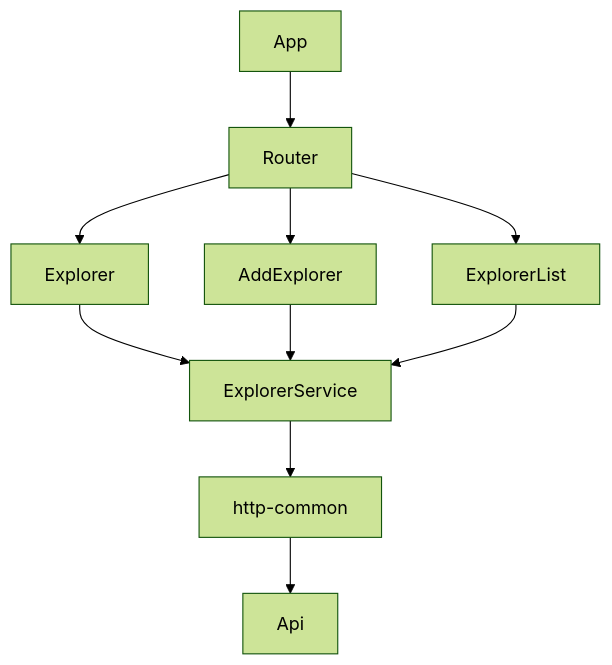
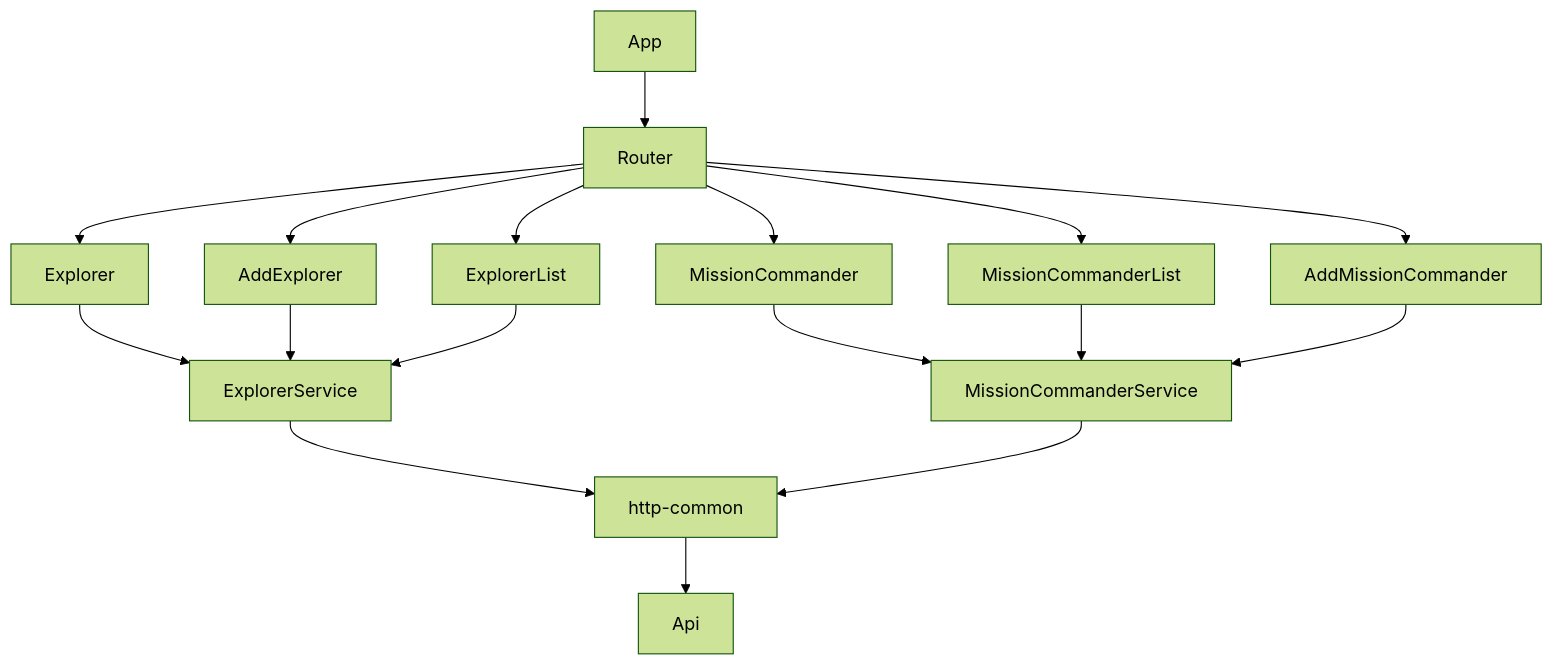
One commit to andresGuevaraRojas/client-launchx changed the diagram in README.md. Above: the diagram before and after it, drawn with Mermaid (forest theme).

Commit message:
Se actualiza el diagrama de la documentacion

````diff
--- a/README.md
+++ b/README.md
@@ -7,12 +7,19 @@
 ```mermaid
     flowchart
     App --> Router
     Router --> AddExplorer
     Router --> Explorer
     Router --> ExplorerList
+    Router --> AddMissionCommander
+    Router --> MissionCommander
+    Router --> MissionCommanderList
     Explorer --> ExplorerService
     AddExplorer --> ExplorerService
     ExplorerList --> ExplorerService
+    MissionCommander --> MissionCommanderService
+    MissionCommanderList --> MissionCommanderService
+    AddMissionCommander --> MissionCommanderService
     ExplorerService --> http-common
+    MissionCommanderService --> http-common
     http-common --> Api
 ```
````
